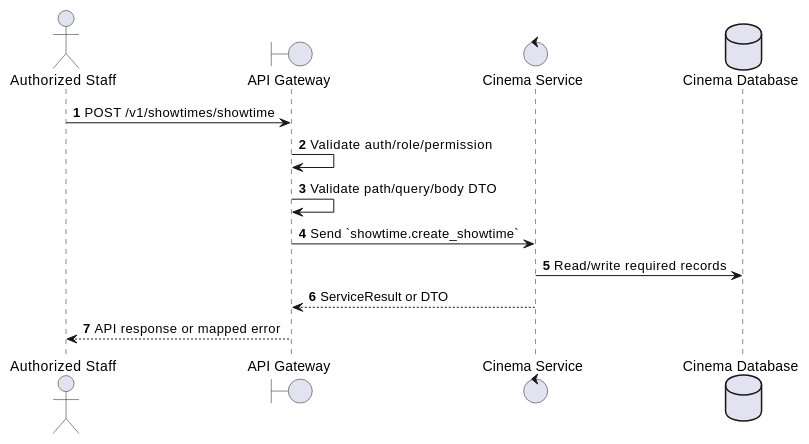
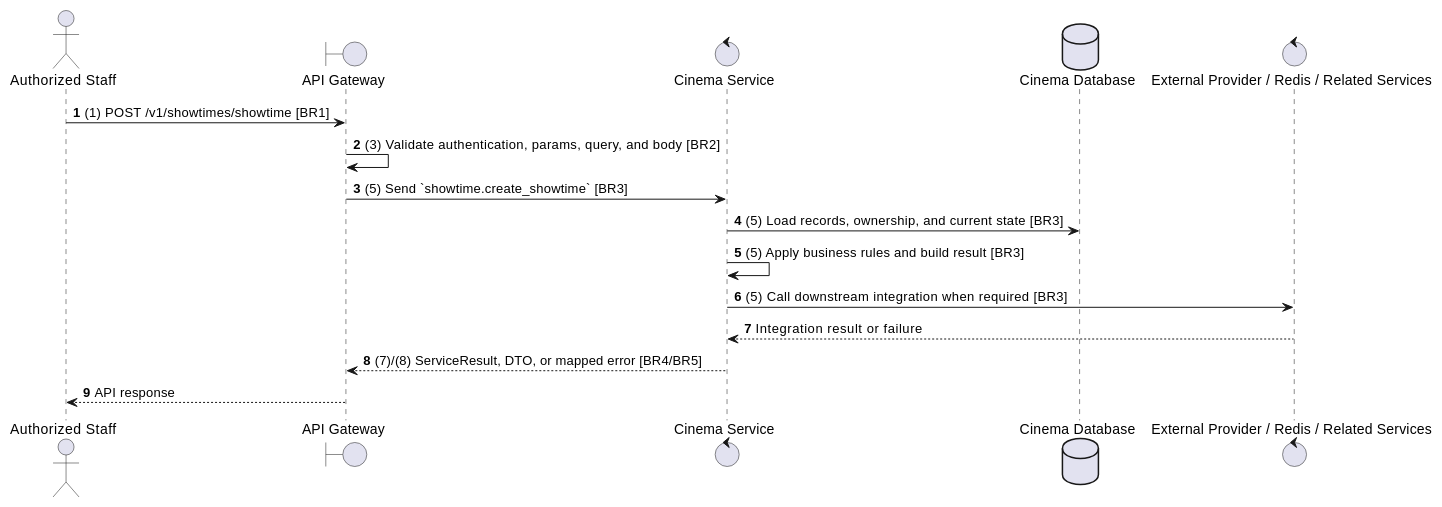
Before and after one commit to Tanh1603/movie-hub-architecture: the second of 2 diagrams in docs/functional_specs/3.4_Showtime_Scheduling/ST-03_Create_Showtime.md, drawn with PlantUML. The commit also changed other lines of this file and 129 other files, not shown here.

````diff
--- a/docs/functional_specs/3.4_Showtime_Scheduling/ST-03_Create_Showtime.md
+++ b/docs/functional_specs/3.4_Showtime_Scheduling/ST-03_Create_Showtime.md
@@ -17,17 +64,20 @@
 ```plantuml
 @startuml
 autonumber
 actor "Authorized Staff" as Actor
 boundary "API Gateway" as GW
 control "Cinema Service" as SVC
 database "Cinema Database" as DB
+control "External Provider / Redis / Related Services" as EXT
 
-Actor -> GW: POST /v1/showtimes/showtime
-GW -> GW: Validate auth/role/permission
-GW -> GW: Validate path/query/body DTO
-GW -> SVC: Send `showtime.create_showtime`
-SVC -> DB: Read/write required records
-SVC --> GW: ServiceResult or DTO
-GW --> Actor: API response or mapped error
+Actor -> GW: (1) POST /v1/showtimes/showtime [BR1]
+GW -> GW: (3) Validate authentication, params, query, and body [BR2]
+GW -> SVC: (5) Send `showtime.create_showtime` [BR3]
+SVC -> DB: (5) Load records, ownership, and current state [BR3]
+SVC -> SVC: (5) Apply business rules and build result [BR3]
+SVC -> EXT: (5) Call downstream integration when required [BR3]
+EXT --> SVC: Integration result or failure
+SVC --> GW: (7)/(8) ServiceResult, DTO, or mapped error [BR4/BR5]
+GW --> Actor: API response
 @enduml
 ```
````
